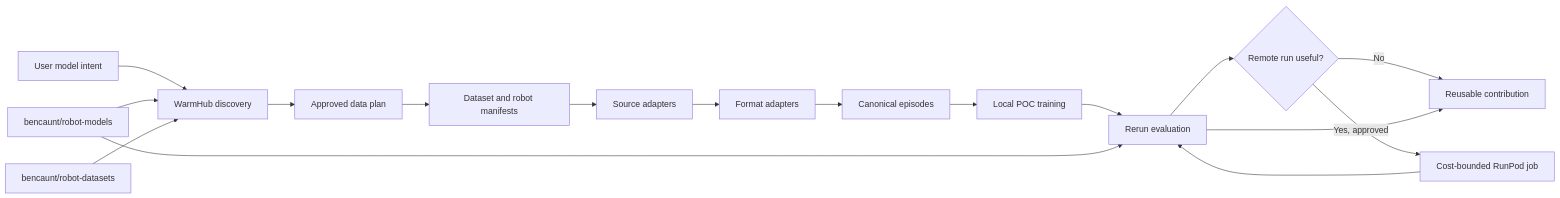
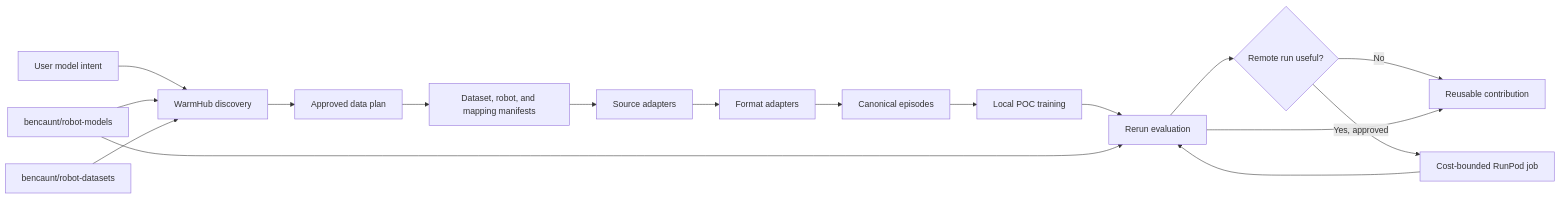
Before and after one commit to BenCaunt/robot-world-models: the diagram in docs/architecture.md, drawn with Mermaid. The commit also changed other lines of this file and 30 other files, not shown here.

````diff
--- a/docs/architecture.md
+++ b/docs/architecture.md
@@ -5,19 +5,19 @@
 ```mermaid
 flowchart LR
     U["User model intent"] --> D["WarmHub discovery"]
     RM["bencaunt/robot-models"] --> D
     RD["bencaunt/robot-datasets"] --> D
     D --> P["Approved data plan"]
-    P --> C["Dataset and robot manifests"]
+    P --> C["Dataset, robot, and mapping manifests"]
     C --> S["Source adapters"]
     S --> F["Format adapters"]
     F --> E["Canonical episodes"]
     E --> T["Local POC training"]
     T --> R["Rerun evaluation"]
     RM --> R
     R --> A{"Remote run useful?"}
     A -- "No" --> PR["Reusable contribution"]
     A -- "Yes, approved" --> RP["Cost-bounded RunPod job"]
     RP --> R
     R --> PR
 ```
````
